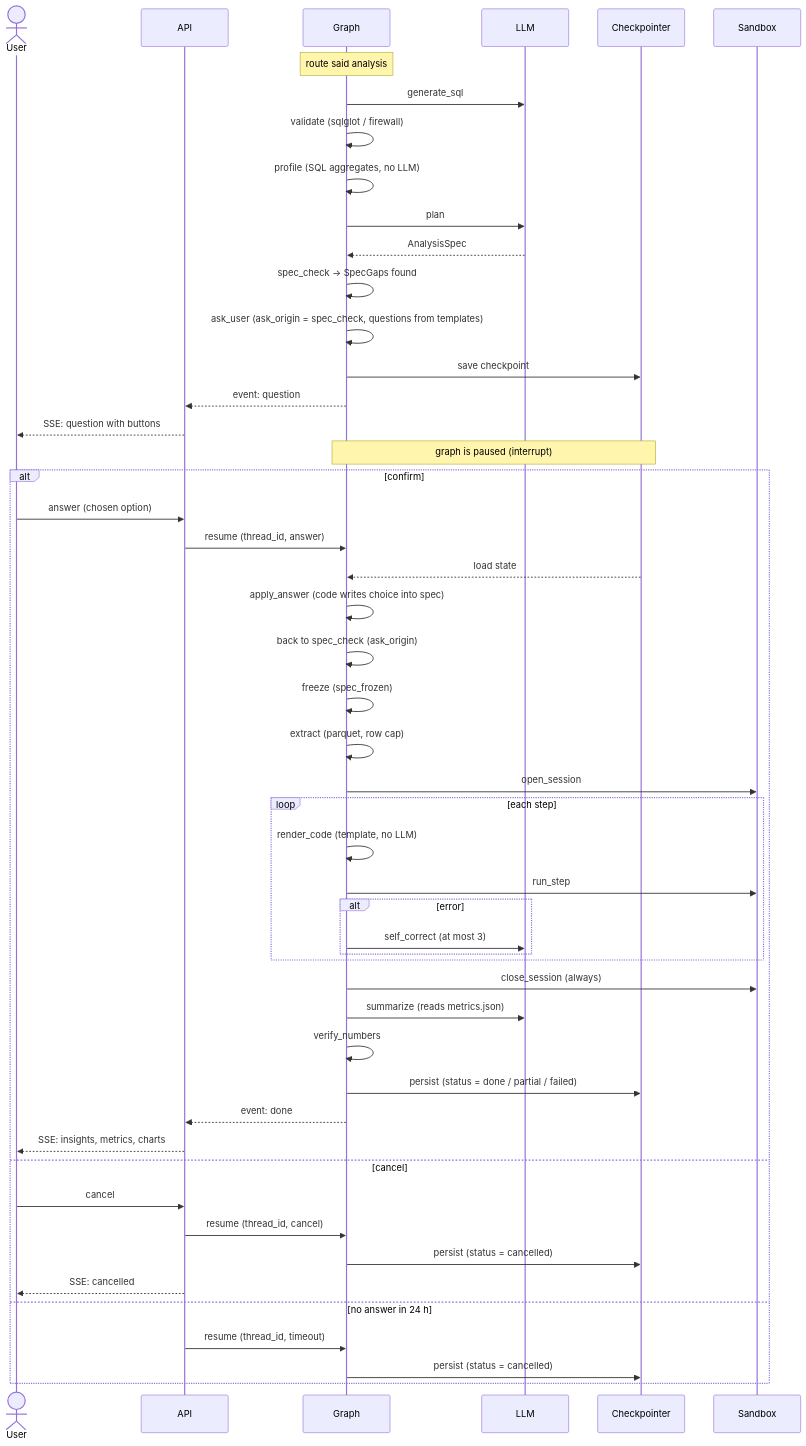
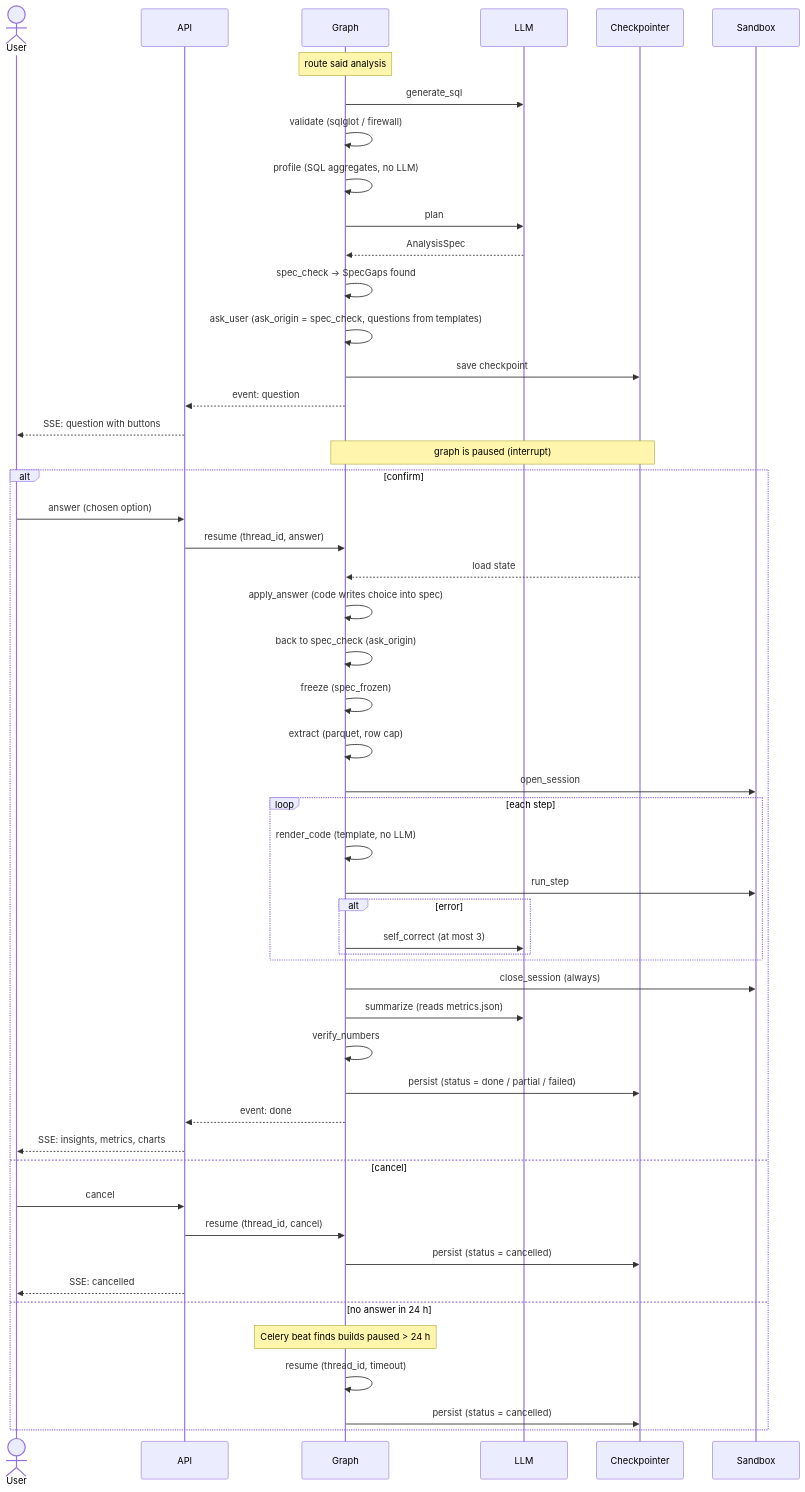
One commit to BafoyevaShakhrizoda/analytics changed the third of 4 diagrams in docs/build-graph-hil.md. Above: the diagram before and after it, drawn with Mermaid. The commit also changed other lines of this file, not shown here.

Commit message:
docs: add reconnect flow, run the graph in the worker

````diff
--- a/docs/build-graph-hil.md
+++ b/docs/build-graph-hil.md
@@ -116,54 +117,55 @@
 ```mermaid
 sequenceDiagram
     actor U as User
     participant API
     participant G as Graph
     participant LLM
     participant CP as Checkpointer
     participant SB as Sandbox
 
     Note over G: route said analysis
     G->>LLM: generate_sql
     G->>G: validate (sqlglot / firewall)
     G->>G: profile (SQL aggregates, no LLM)
     G->>LLM: plan
     LLM-->>G: AnalysisSpec
     G->>G: spec_check → SpecGaps found
     G->>G: ask_user (ask_origin = spec_check, questions from templates)
     G->>CP: save checkpoint
     G-->>API: event: question
     API-->>U: SSE: question with buttons
     Note over G,CP: graph is paused (interrupt)
 
     alt confirm
         U->>API: answer (chosen option)
         API->>G: resume (thread_id, answer)
         CP-->>G: load state
         G->>G: apply_answer (code writes choice into spec)
         G->>G: back to spec_check (ask_origin)
         G->>G: freeze (spec_frozen)
         G->>G: extract (parquet, row cap)
         G->>SB: open_session
         loop each step
             G->>G: render_code (template, no LLM)
             G->>SB: run_step
             alt error
                 G->>LLM: self_correct (at most 3)
             end
         end
         G->>SB: close_session (always)
         G->>LLM: summarize (reads metrics.json)
         G->>G: verify_numbers
         G->>CP: persist (status = done / partial / failed)
         G-->>API: event: done
         API-->>U: SSE: insights, metrics, charts
     else cancel
         U->>API: cancel
         API->>G: resume (thread_id, cancel)
         G->>CP: persist (status = cancelled)
         API-->>U: SSE: cancelled
     else no answer in 24 h
-        API->>G: resume (thread_id, timeout)
+        Note over G: Celery beat finds builds paused > 24 h
+        G->>G: resume (thread_id, timeout)
         G->>CP: persist (status = cancelled)
     end
 ```
````
